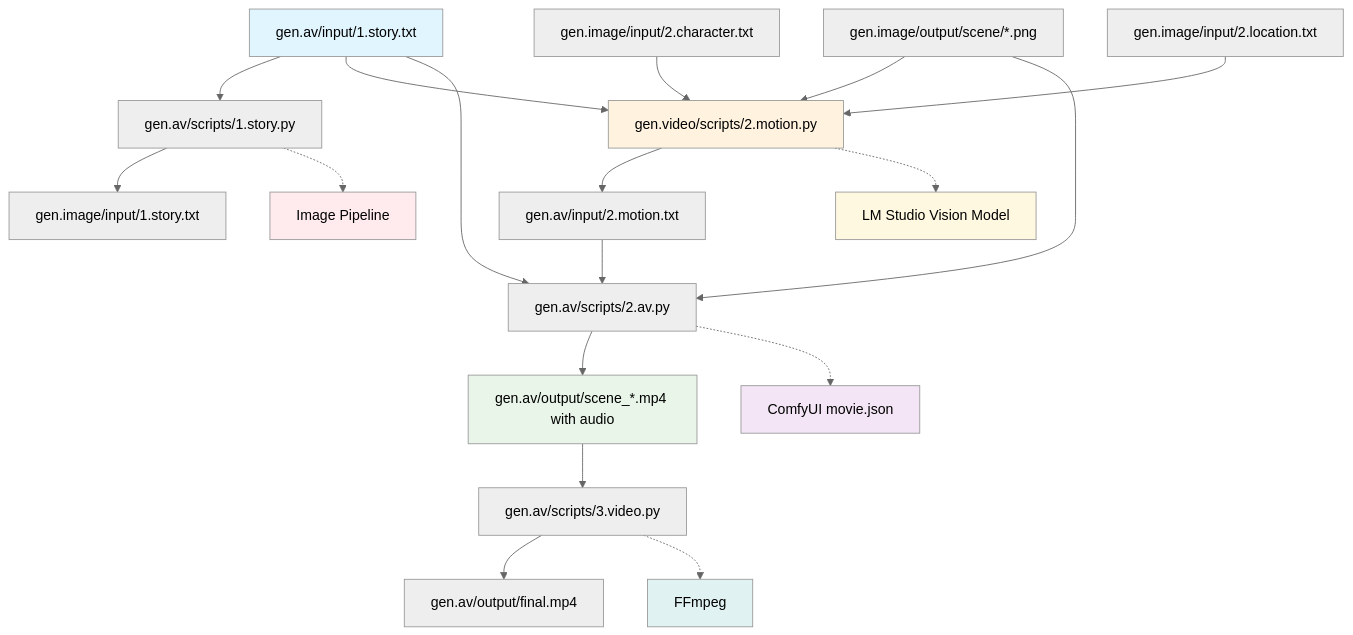
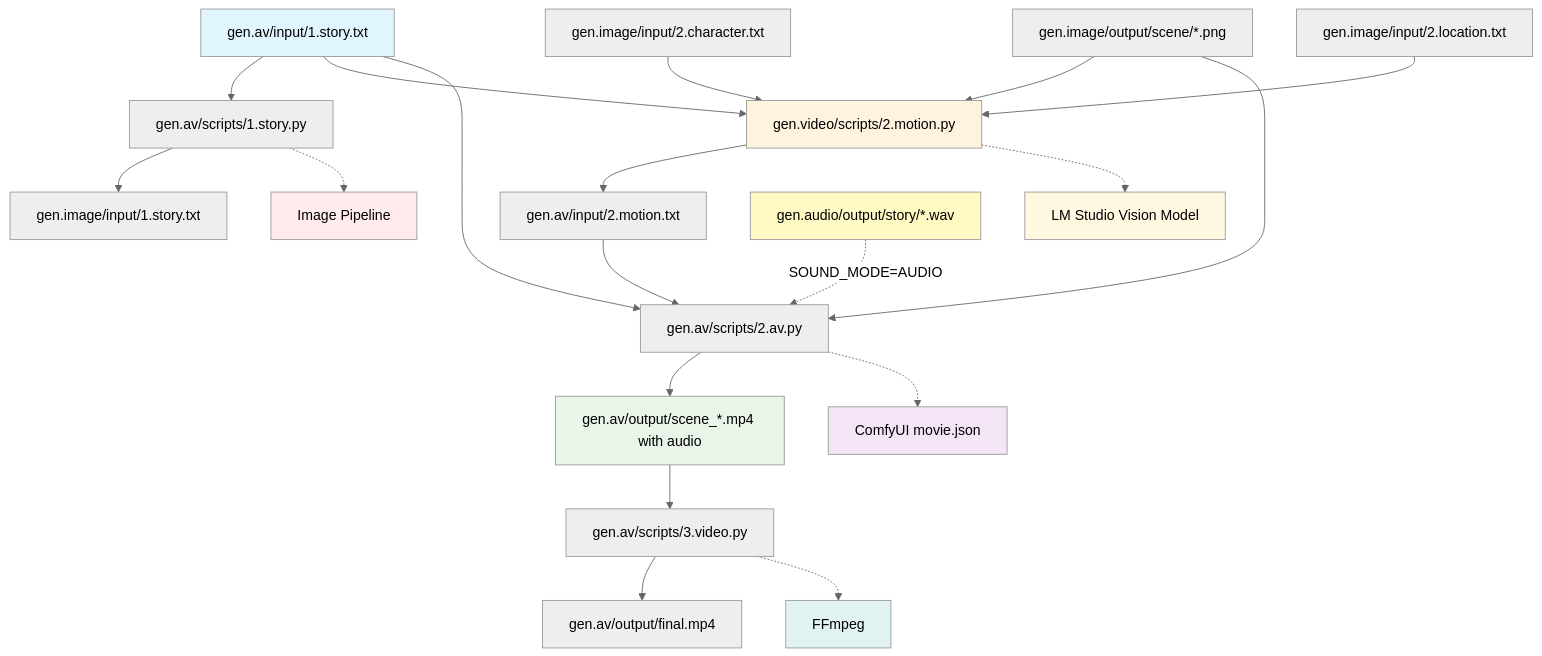
The fourth of 4 diagrams in README.md (prskid1000/AI-Content-Pipelines), drawn with Mermaid (neutral theme) before and after one commit. The commit also changed other lines of this file and 4 other files, not shown here.

````diff
--- a/README.md
+++ b/README.md
@@ -1179,31 +1217,33 @@
 ```mermaid
 graph TD
     A[gen.av/input/1.story.txt] --> B[gen.av/scripts/1.story.py]
     B --> C[gen.image/input/1.story.txt]
     B -.-> D[Image Pipeline]
     
     A --> E[gen.video/scripts/2.motion.py]
     F[gen.image/output/scene/*.png] --> E
     L[gen.image/input/2.character.txt] --> E
     K[gen.image/input/2.location.txt] --> E
     E --> G[gen.av/input/2.motion.txt]
     E -.-> H[LM Studio Vision Model]
     
     A --> I[gen.av/scripts/2.av.py]
     F --> I
     G --> I
+    Q[gen.audio/output/story/*.wav] -.->|SOUND_MODE=AUDIO| I
     I --> L2[gen.av/output/scene_*.mp4 with audio]
     I -.-> M[ComfyUI movie.json]
     
     L2 --> N[gen.av/scripts/3.video.py]
     N --> O[gen.av/output/final.mp4]
     N -.-> P[FFmpeg]
     
     style A fill:#e1f5fe
     style H fill:#fff8e1
     style M fill:#f3e5f5
     style P fill:#e0f2f1
     style D fill:#ffebee
     style L2 fill:#e8f5e8
     style E fill:#fff3e0
+    style Q fill:#fff9c4
 ```
````
